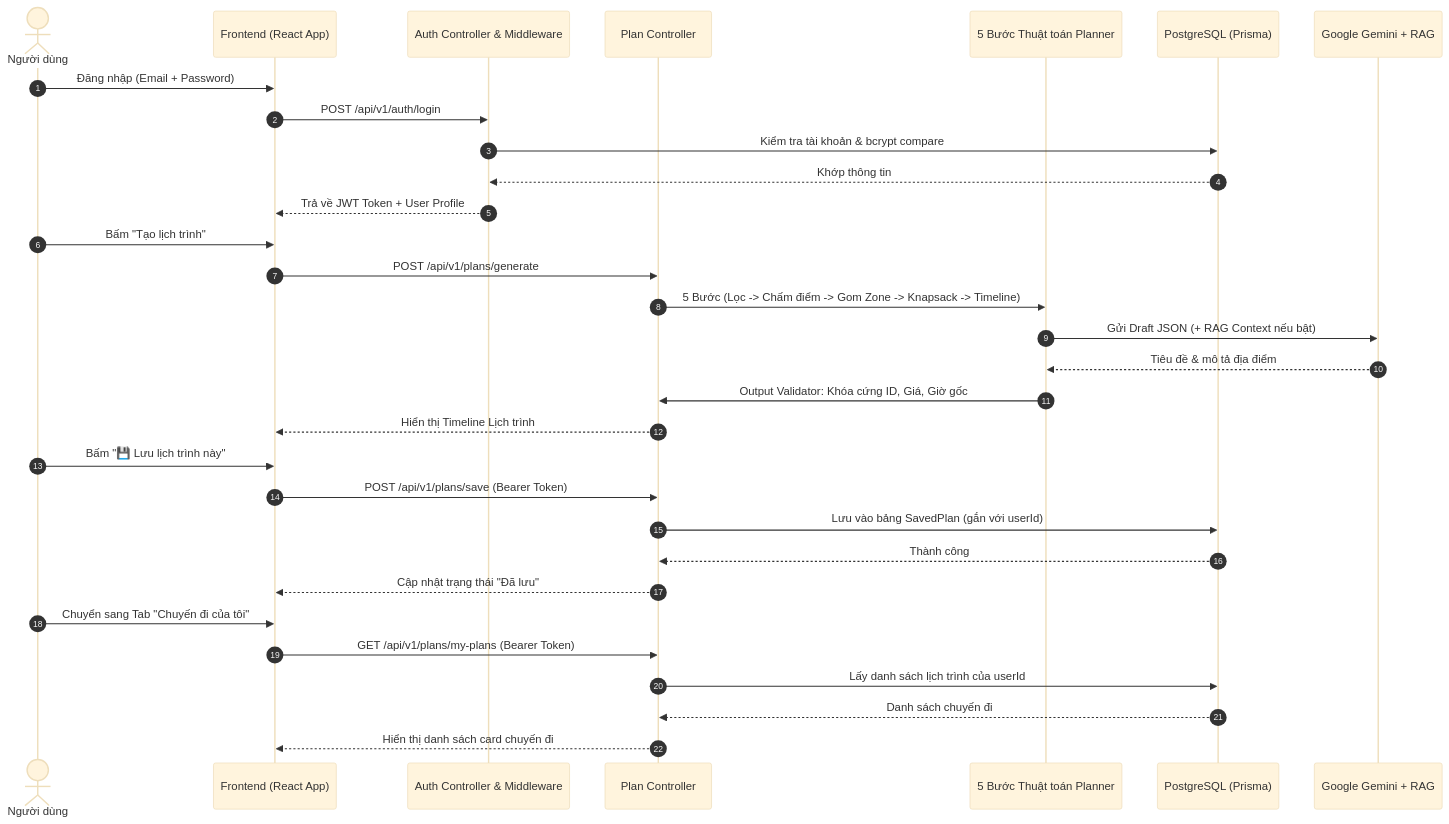
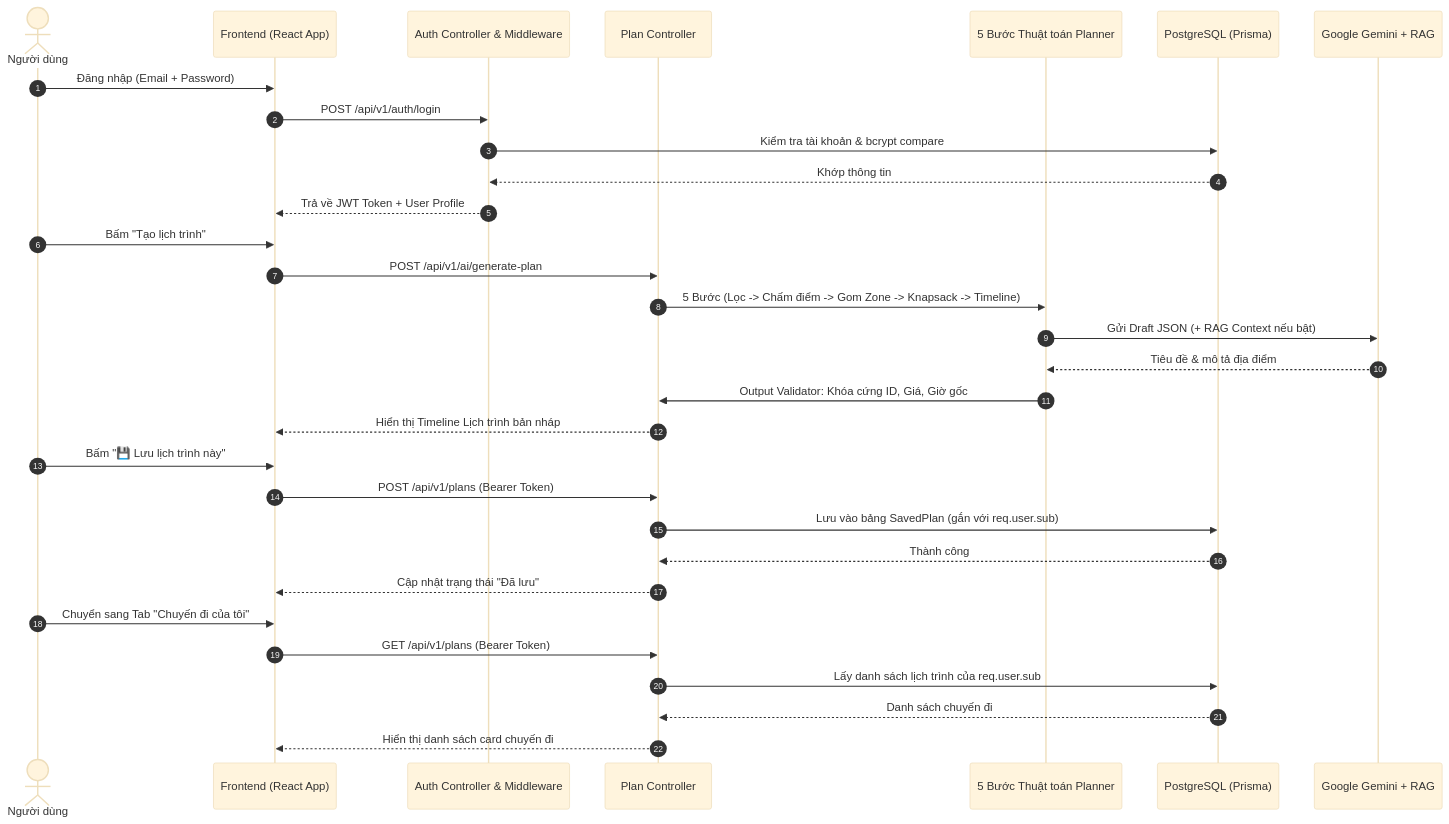
One commit to kastnew/GEOZONE changed the diagram in HUONG_DAN_LAM_VIEC_CODEBASE.md. Above: the diagram before and after it, drawn with Mermaid (base theme). The commit also changed other lines of this file and 14 other files, not shown here.

````diff
--- a/HUONG_DAN_LAM_VIEC_CODEBASE.md
+++ b/HUONG_DAN_LAM_VIEC_CODEBASE.md
@@ -11,41 +11,41 @@
 ```mermaid
 sequenceDiagram
     autonumber
     actor User as Người dùng
     participant FE as Frontend (React App)
     participant Auth as Auth Controller & Middleware
     participant API as Plan Controller
     participant Planner as 5 Bước Thuật toán Planner
     participant DB as PostgreSQL (Prisma)
     participant LLM as Google Gemini + RAG
 
     %% Đăng nhập / Đăng ký
     User->>FE: Đăng nhập (Email + Password)
     FE->>Auth: POST /api/v1/auth/login
     Auth->>DB: Kiểm tra tài khoản & bcrypt compare
     DB-->>Auth: Khớp thông tin
     Auth-->>FE: Trả về JWT Token + User Profile
 
-    %% Tạo lịch trình
+    %% Tạo lịch trình (AI Travel Engine)
     User->>FE: Bấm "Tạo lịch trình"
-    FE->>API: POST /api/v1/plans/generate
+    FE->>API: POST /api/v1/ai/generate-plan
     API->>Planner: 5 Bước (Lọc -> Chấm điểm -> Gom Zone -> Knapsack -> Timeline)
     Planner->>LLM: Gửi Draft JSON (+ RAG Context nếu bật)
     LLM-->>Planner: Tiêu đề & mô tả địa điểm
     Planner->>API: Output Validator: Khóa cứng ID, Giá, Giờ gốc
-    API-->>FE: Hiển thị Timeline Lịch trình
+    API-->>FE: Hiển thị Timeline Lịch trình bản nháp
 
-    %% Lưu lịch trình
+    %% Lưu lịch trình (Itineraries Management)
     User->>FE: Bấm "💾 Lưu lịch trình này"
-    FE->>API: POST /api/v1/plans/save (Bearer Token)
-    API->>DB: Lưu vào bảng SavedPlan (gắn với userId)
+    FE->>API: POST /api/v1/plans (Bearer Token)
+    API->>DB: Lưu vào bảng SavedPlan (gắn với req.user.sub)
     DB-->>API: Thành công
     API-->>FE: Cập nhật trạng thái "Đã lưu"
 
     %% Xem chuyến đi của tôi
     User->>FE: Chuyển sang Tab "Chuyến đi của tôi"
-    FE->>API: GET /api/v1/plans/my-plans (Bearer Token)
-    API->>DB: Lấy danh sách lịch trình của userId
+    FE->>API: GET /api/v1/plans (Bearer Token)
+    API->>DB: Lấy danh sách lịch trình của req.user.sub
     DB-->>API: Danh sách chuyến đi
     API-->>FE: Hiển thị danh sách card chuyến đi
 ```
````
